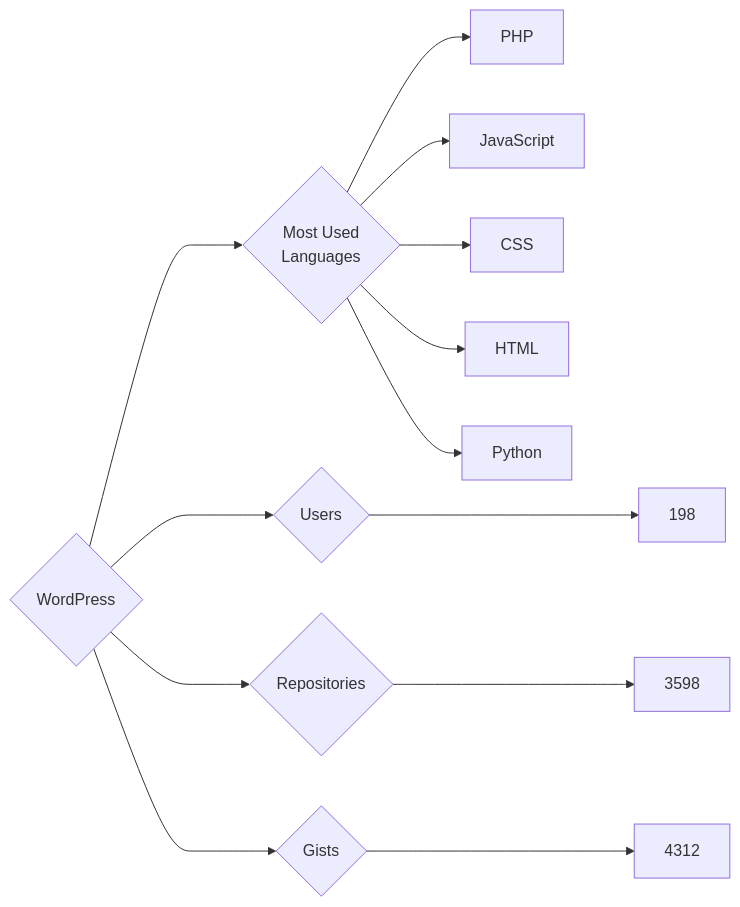
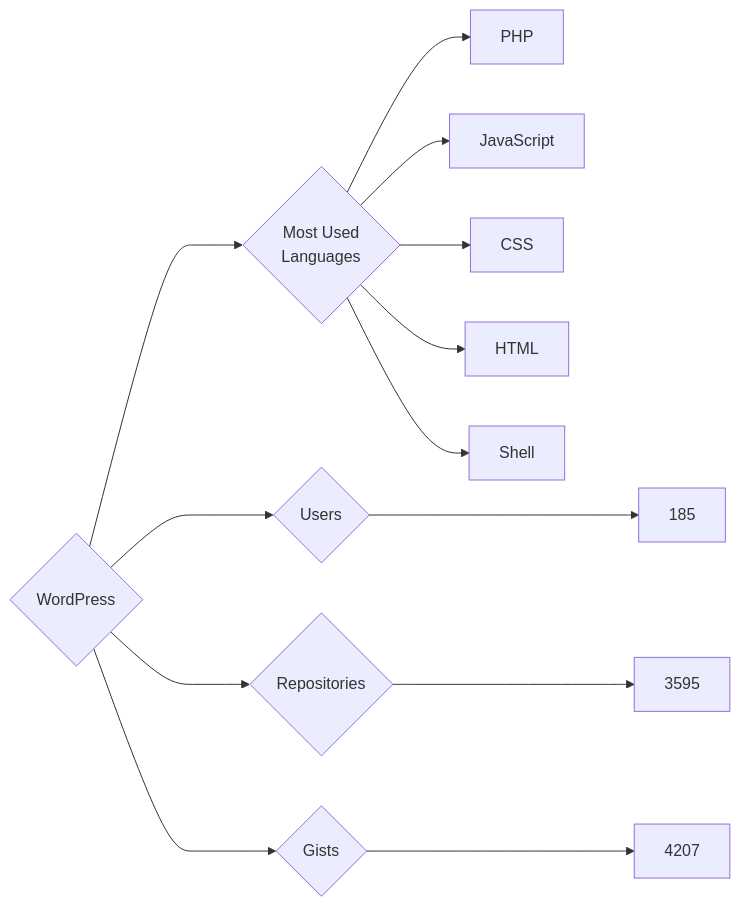
One commit to trickest/insiders changed the diagram in targets/WordPress/README.md. Above: the diagram before and after it, drawn with Mermaid. The commit also changed 912 other files, not shown here.

````diff
--- a/targets/WordPress/README.md
+++ b/targets/WordPress/README.md
@@ -3,13 +3,13 @@
 ```mermaid
 graph LR
 COMPANY_NAME{WordPress}
-COMPANY_NAME ---> U{Users} ---> UN[198]
-COMPANY_NAME ---> R{Repositories} ---> RN[3598]
-COMPANY_NAME ---> G{Gists} ---> GN[4312]
+COMPANY_NAME ---> U{Users} ---> UN[185]
+COMPANY_NAME ---> R{Repositories} ---> RN[3595]
+COMPANY_NAME ---> G{Gists} ---> GN[4207]
 COMPANY_NAME ---> ML{Most Used<br>Languages}
 ML --> PHP[PHP]
 ML --> JavaScript[JavaScript]
 ML --> CSS[CSS]
 ML --> HTML[HTML]
-ML --> Python[Python]
+ML --> Shell[Shell]
 ```
````
